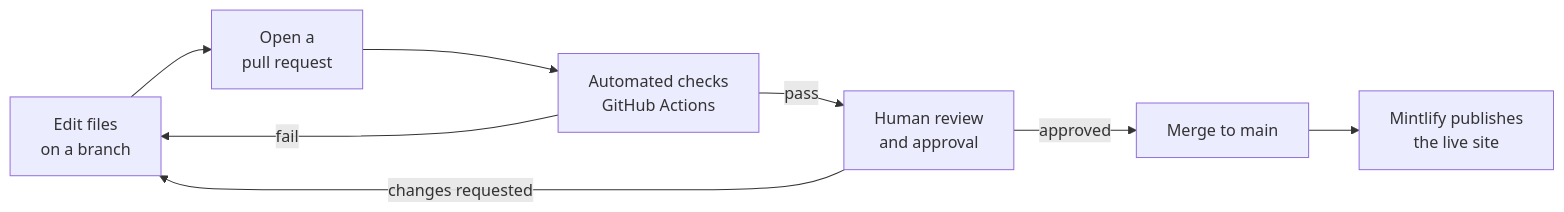
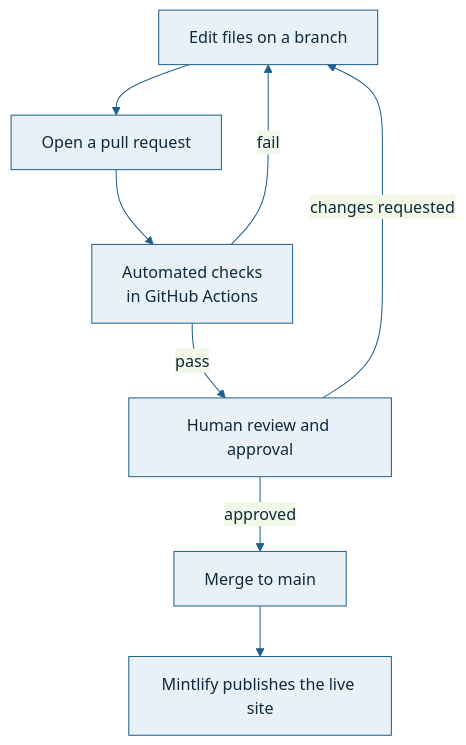
The diagram in runbook.mdx (ClicKnowledge/docs-as-code-demo), drawn with Mermaid before and after one commit. The commit also changed other lines of this file and 5 other files, not shown here.

````diff
--- a/runbook.mdx
+++ b/runbook.mdx
@@ -13,10 +13,11 @@
 ```mermaid
-flowchart LR
-    A[Edit files<br/>on a branch] --> B[Open a<br/>pull request]
-    B --> C[Automated checks<br/>GitHub Actions]
+%%{init: {'theme': 'base', 'themeVariables': {'primaryColor': '#E8F1F8', 'primaryBorderColor': '#1F5F8B', 'primaryTextColor': '#0F2A3D', 'lineColor': '#1F5F8B', 'fontSize': '16px'}}}%%
+flowchart TD
+    A[Edit files on a branch] --> B[Open a pull request]
+    B --> C[Automated checks<br/>in GitHub Actions]
     C -- fail --> A
-    C -- pass --> D[Human review<br/>and approval]
+    C -- pass --> D[Human review and approval]
     D -- changes requested --> A
     D -- approved --> E[Merge to main]
-    E --> F[Mintlify publishes<br/>the live site]
+    E --> F[Mintlify publishes the live site]
 ```
````
